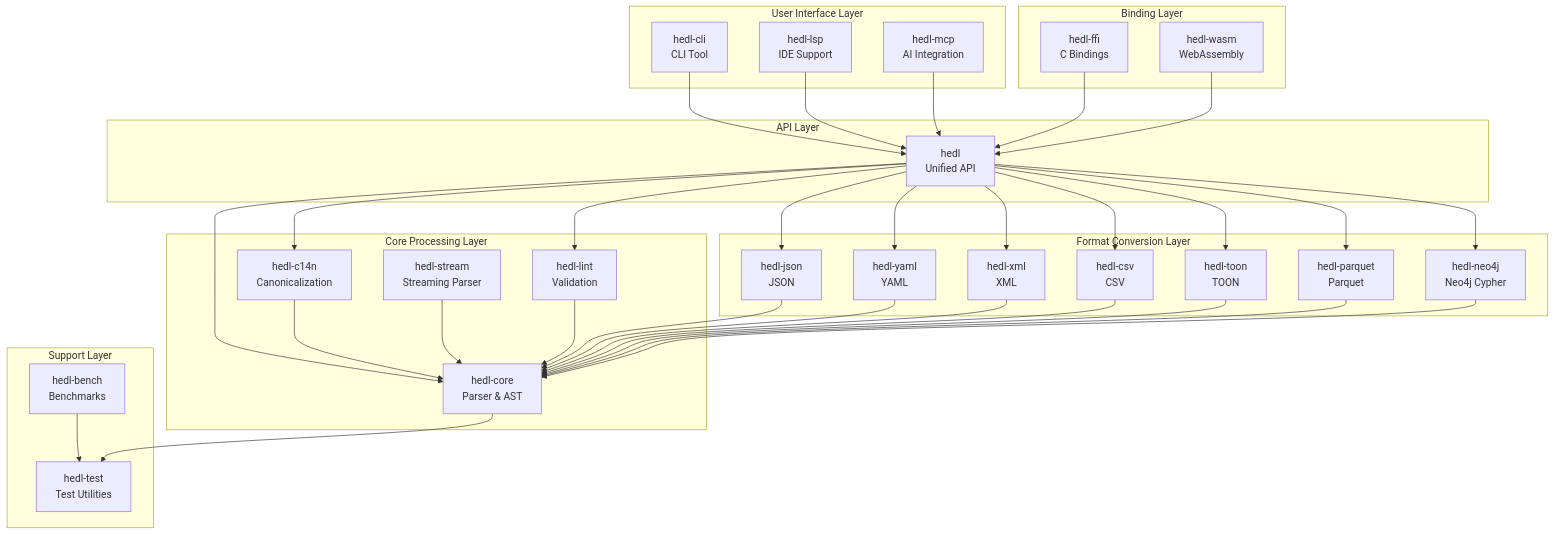
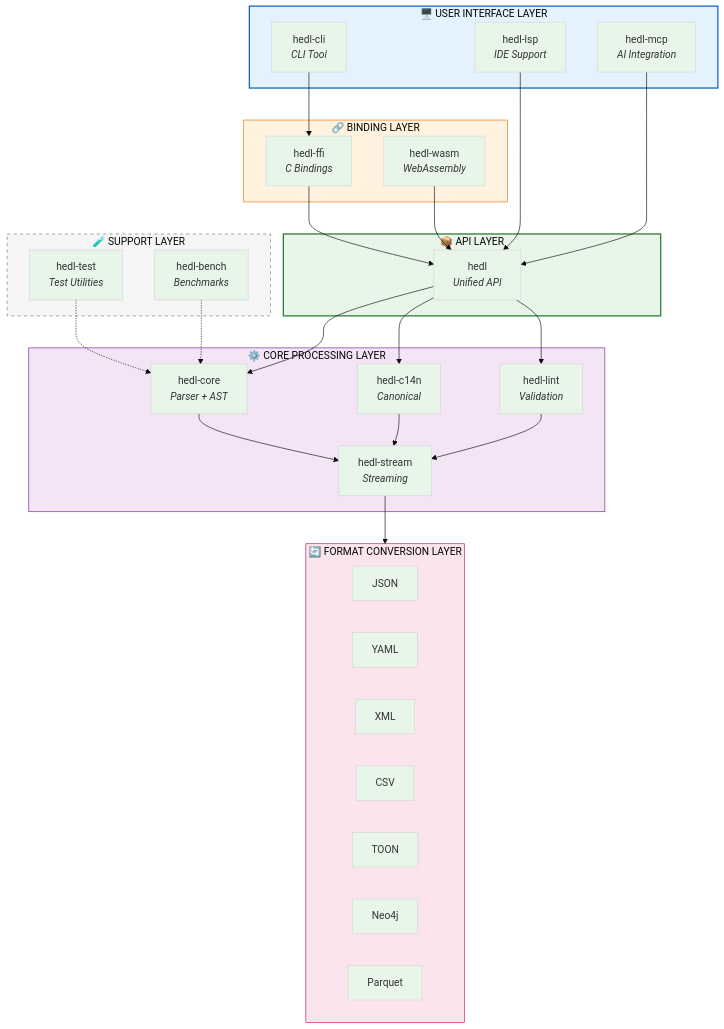
Before and after one commit to dweve-ai/hedl: the second of 9 diagrams in docs/developer/architecture.md, drawn with Mermaid. The commit also changed other lines of this file and 945 other files, not shown here.

````diff
--- a/docs/developer/architecture.md
+++ b/docs/developer/architecture.md
@@ -9,70 +42,62 @@
 ```mermaid
+%%{init: {'theme': 'base', 'themeVariables': { 'primaryColor': '#e8f5e9'}}}%%
 graph TB
-    subgraph "User Interface Layer"
-        CLI[hedl-cli<br/>CLI Tool]
-        LSP[hedl-lsp<br/>IDE Support]
-        MCP[hedl-mcp<br/>AI Integration]
+    subgraph ui["🖥️ USER INTERFACE LAYER"]
+        CLI["hedl-cli<br/><i>CLI Tool</i>"]
+        LSP["hedl-lsp<br/><i>IDE Support</i>"]
+        MCP["hedl-mcp<br/><i>AI Integration</i>"]
     end
 
-    subgraph "Binding Layer"
-        FFI[hedl-ffi<br/>C Bindings]
-        WASM[hedl-wasm<br/>WebAssembly]
+    subgraph bindings["🔗 BINDING LAYER"]
+        FFI["hedl-ffi<br/><i>C Bindings</i>"]
+        WASM["hedl-wasm<br/><i>WebAssembly</i>"]
     end
 
-    subgraph "API Layer"
-        HEDL[hedl<br/>Unified API]
+    subgraph api["📦 API LAYER"]
+        HEDL["hedl<br/><i>Unified API</i>"]
     end
 
-    subgraph "Core Processing Layer"
-        CORE[hedl-core<br/>Parser & AST]
-        C14N[hedl-c14n<br/>Canonicalization]
-        LINT[hedl-lint<br/>Validation]
-        STREAM[hedl-stream<br/>Streaming Parser]
+    subgraph core["⚙️ CORE PROCESSING LAYER"]
+        CORE["hedl-core<br/><i>Parser + AST</i>"]
+        C14N["hedl-c14n<br/><i>Canonical</i>"]
+        LINT["hedl-lint<br/><i>Validation</i>"]
+        STREAM["hedl-stream<br/><i>Streaming</i>"]
     end
 
-    subgraph "Format Conversion Layer"
-        JSON[hedl-json<br/>JSON]
-        YAML[hedl-yaml<br/>YAML]
-        XML[hedl-xml<br/>XML]
-        CSV[hedl-csv<br/>CSV]
-        TOON[hedl-toon<br/>TOON]
-        PARQUET[hedl-parquet<br/>Parquet]
-        NEO4J[hedl-neo4j<br/>Neo4j Cypher]
+    subgraph formats["🔄 FORMAT CONVERSION LAYER"]
+        JSON["JSON"]
+        YAML["YAML"]
+        XML["XML"]
+        CSV["CSV"]
+        TOON["TOON"]
+        NEO4J["Neo4j"]
+        PARQUET["Parquet"]
     end
 
-    subgraph "Support Layer"
-        TEST[hedl-test<br/>Test Utilities]
-        BENCH[hedl-bench<br/>Benchmarks]
+    subgraph support["🧪 SUPPORT LAYER"]
+        TEST["hedl-test<br/><i>Test Utilities</i>"]
+        BENCH["hedl-bench<br/><i>Benchmarks</i>"]
     end
 
-    CLI --> HEDL
+    CLI --> FFI
     LSP --> HEDL
     MCP --> HEDL
     FFI --> HEDL
     WASM --> HEDL
-
     HEDL --> CORE
     HEDL --> C14N
     HEDL --> LINT
-    HEDL --> JSON
-    HEDL --> YAML
-    HEDL --> XML
-    HEDL --> CSV
-    HEDL --> TOON
-    HEDL --> PARQUET
-    HEDL --> NEO4J
+    CORE --> STREAM
+    C14N --> STREAM
+    LINT --> STREAM
+    STREAM --> formats
+    TEST -.-> CORE
+    BENCH -.-> CORE
 
-    CORE --> TEST
-    JSON --> CORE
-    YAML --> CORE
-    XML --> CORE
-    CSV --> CORE
-    TOON --> CORE
-    PARQUET --> CORE
-    NEO4J --> CORE
-    C14N --> CORE
-    LINT --> CORE
-    STREAM --> CORE
-
-    BENCH --> TEST
+    style ui fill:#e3f2fd,stroke:#1565c0,stroke-width:2px
+    style bindings fill:#fff3e0,stroke:#ef6c00
+    style api fill:#e8f5e9,stroke:#2e7d32,stroke-width:2px
+    style core fill:#f3e5f5,stroke:#7b1fa2
+    style formats fill:#fce4ec,stroke:#c2185b
+    style support fill:#f5f5f5,stroke:#757575,stroke-dasharray: 5 5
 ```
````
